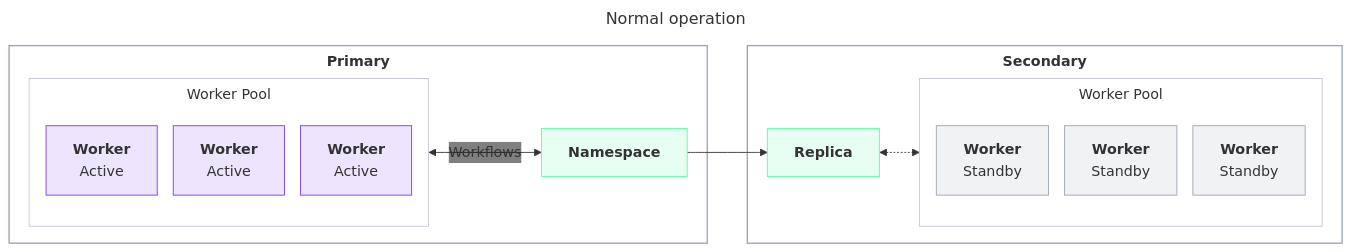
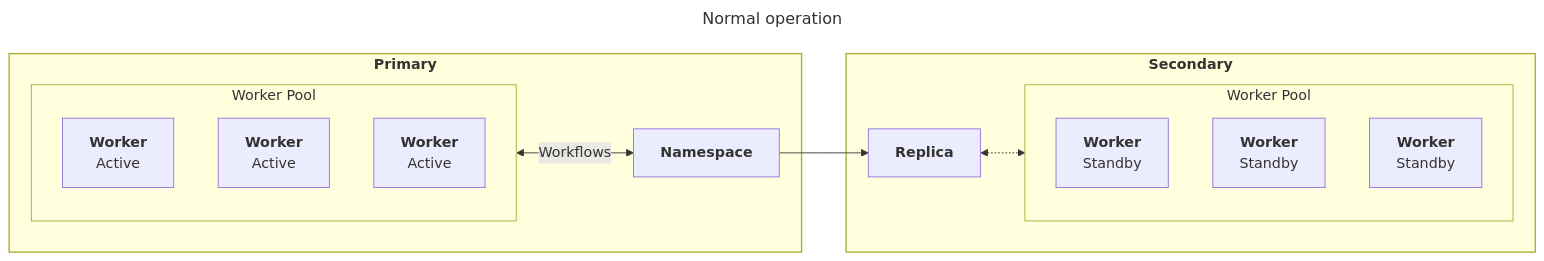
One commit to temporalio/documentation changed the tenth of 15 diagrams in docs/cloud/high-availability/architecture-patterns.mdx. Above: the diagram before and after it, drawn with Mermaid. The commit also changed other lines of this file and 15 other files, not shown here.

First line of the commit message:
Refactor Mermaid diagrams for improved clarity and consistency across documentation

````diff
--- a/docs/cloud/high-availability/architecture-patterns.mdx
+++ b/docs/cloud/high-availability/architecture-patterns.mdx
@@ -394,33 +375,32 @@
 ```mermaid
 ---
 title: Normal operation
 ---
-%%{init: {'themeVariables':{'fontFamily':'Inter, ui-sans-serif, system-ui, sans-serif','edgeLabelBackground':'transparent'},'flowchart':{'nodeSpacing':18,'rankSpacing':45,'curve':'basis','subGraphTitleMargin':{'top':6,'bottom':12}}}}%%
 flowchart LR
-    classDef worker fill:#7C3AED22,stroke:#7C3AED,stroke-width:1px;
-    classDef standby fill:#9aa4b224,stroke:#9aa4b2,stroke-width:1px;
-    classDef ns fill:#59FDA024,stroke:#59FDA0,stroke-width:1px;
-    classDef region fill:transparent,stroke:#9aa4b2,stroke-width:1.5px;
-    classDef pool fill:transparent,stroke:#c2c8d2,stroke-width:1px;
+    classDef worker stroke-width:1px;
+    classDef standby stroke-width:1px;
+    classDef ns stroke-width:1px;
+    classDef region stroke-width:1.5px;
+    classDef pool stroke-width:1px;
     subgraph HPRIM["<b>Primary</b>"]
       subgraph HWP["Worker Pool"]
         HW1["<b>Worker</b><br/>Active"]:::worker
         HW2["<b>Worker</b><br/>Active"]:::worker
         HW3["<b>Worker</b><br/>Active"]:::worker
       end
       HNS["<b>Namespace</b>"]:::ns
       HWP <-->|Workflows| HNS
     end
     subgraph HSEC["<b>Secondary</b>"]
       HR["<b>Replica</b>"]:::ns
       subgraph HWP2["Worker Pool"]
         HS1["<b>Worker</b><br/>Standby"]:::standby
         HS2["<b>Worker</b><br/>Standby"]:::standby
         HS3["<b>Worker</b><br/>Standby"]:::standby
       end
       HR <-.-> HWP2
     end
     HNS --> HR
     class HPRIM,HSEC region
     class HWP,HWP2 pool
 ```
````
